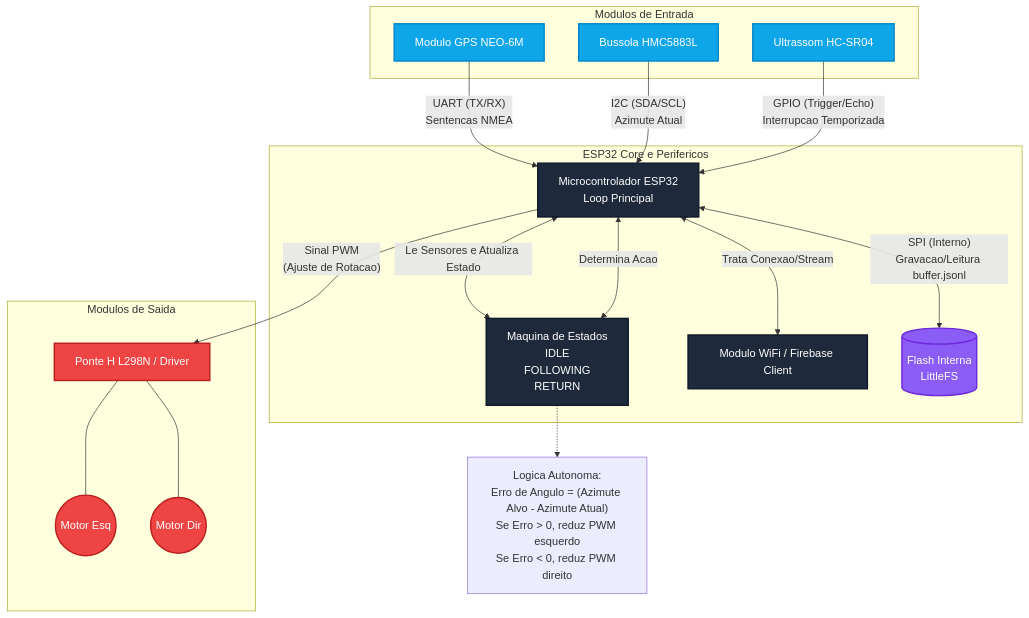
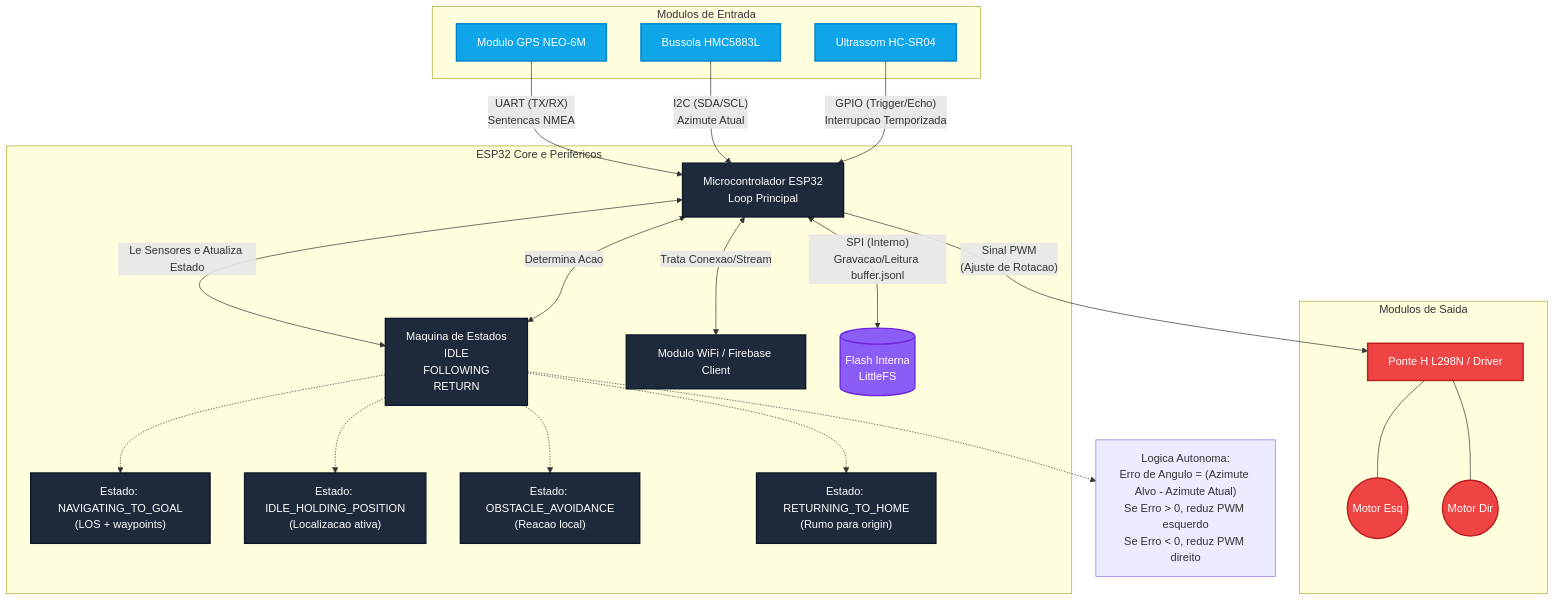
Before and after one commit to Vandrekad/USVs-Drone-Fluvial-Autonomo: the third of 3 diagrams in README.md, drawn with Mermaid. The commit also changed other lines of this file, not shown here.

Commit message:
Atualizando README.md com detalhes sobre a navegação autônoma, geração de waypoints e estrutura de missões

````diff
--- a/README.md
+++ b/README.md
@@ -158,43 +165,54 @@
 ```mermaid
 graph TD
     classDef core fill:#1e293b,stroke:#0f172a,stroke-width:2px,color:#fff;
     classDef sensor fill:#0ea5e9,stroke:#0284c7,stroke-width:2px,color:#fff;
     classDef motor fill:#ef4444,stroke:#b91c1c,stroke-width:2px,color:#fff;
     classDef mem fill:#8b5cf6,stroke:#6d28d9,stroke-width:2px,color:#fff;
 
     subgraph Embarcado [ESP32 Core e Perifericos]
         MCU[Microcontrolador ESP32\nLoop Principal]:::core
         State[Maquina de Estados\nIDLE\nFOLLOWING\nRETURN]:::core
+
+            %% Estados operacionais do firmware
+            StateNav["Estado: NAVIGATING_TO_GOAL\n(LOS + waypoints)"]:::core
+            StateOcioso["Estado: IDLE_HOLDING_POSITION\n(Localizacao ativa)"]:::core
+            StateDesv["Estado: OBSTACLE_AVOIDANCE\n(Reacao local)"]:::core
+            StateReturn["Estado: RETURNING_TO_HOME\n(Rumo para origin)"]:::core
+
+            State -.-> StateNav
+            State -.-> StateOcioso
+            State -.-> StateDesv
+            State -.-> StateReturn
         WiFi[Modulo WiFi / Firebase Client]:::core
         LFS[(Flash Interna\nLittleFS)]:::mem
     end
 
     subgraph Sensores [Modulos de Entrada]
         GPS[Modulo GPS NEO-6M]:::sensor
         Compass[Bussola HMC5883L]:::sensor
         Sonar[Ultrassom HC-SR04]:::sensor
     end
 
     subgraph Atuadores [Modulos de Saida]
         Bridge[Ponte H L298N / Driver]:::motor
         MotL((Motor Esq)):::motor
         MotR((Motor Dir)):::motor
     end
 
     GPS -- "UART (TX/RX)\nSentencas NMEA" --> MCU
     Compass -- "I2C (SDA/SCL)\nAzimute Atual" --> MCU
     Sonar -- "GPIO (Trigger/Echo)\nInterrupcao Temporizada" --> MCU
 
     MCU <-->|Le Sensores e Atualiza Estado| State
     State <-->|Determina Acao| MCU
     MCU -- "SPI (Interno)\nGravacao/Leitura buffer.jsonl" <--> LFS
     MCU <-->|Trata Conexao/Stream| WiFi
 
     MCU -- "Sinal PWM\n(Ajuste de Rotacao)" --> Bridge
     Bridge --- MotL
     Bridge --- MotR
 
     note_nav["Logica Autonoma:\nErro de Angulo = (Azimute Alvo - Azimute Atual)\nSe Erro > 0, reduz PWM esquerdo\nSe Erro < 0, reduz PWM direito"]
     State -.-> note_nav
 
 ```
````
